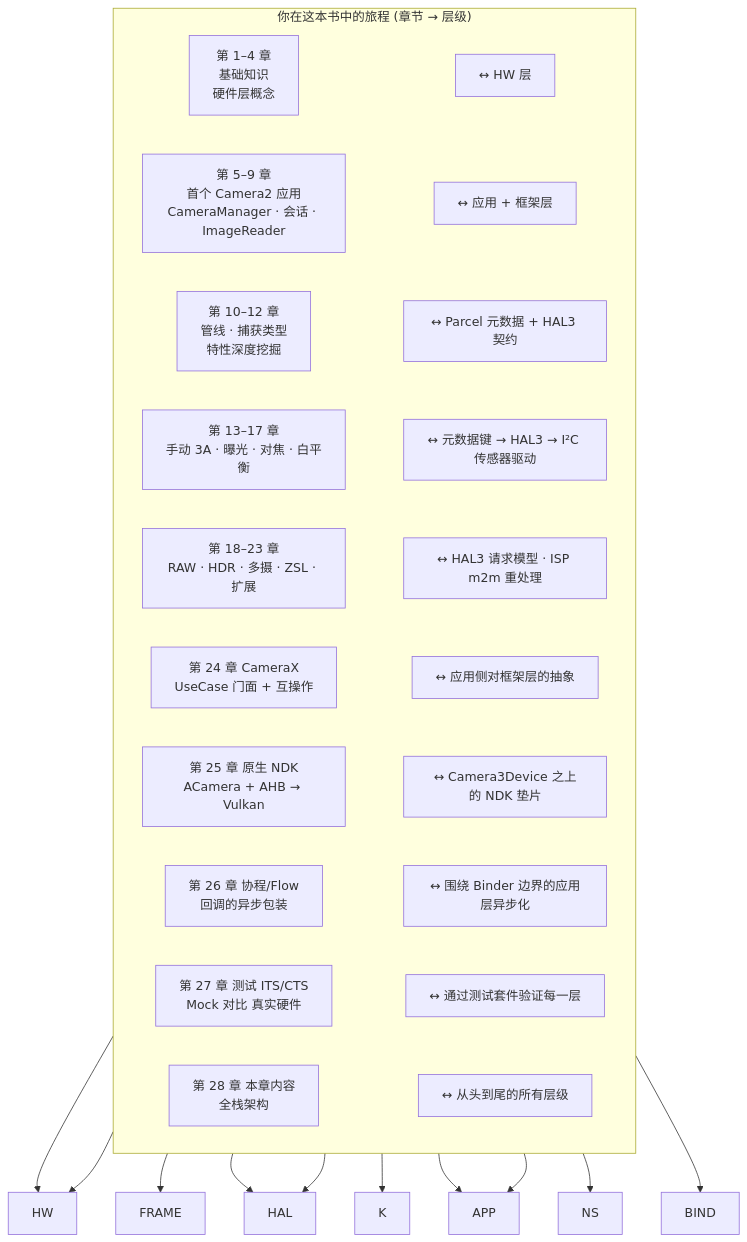
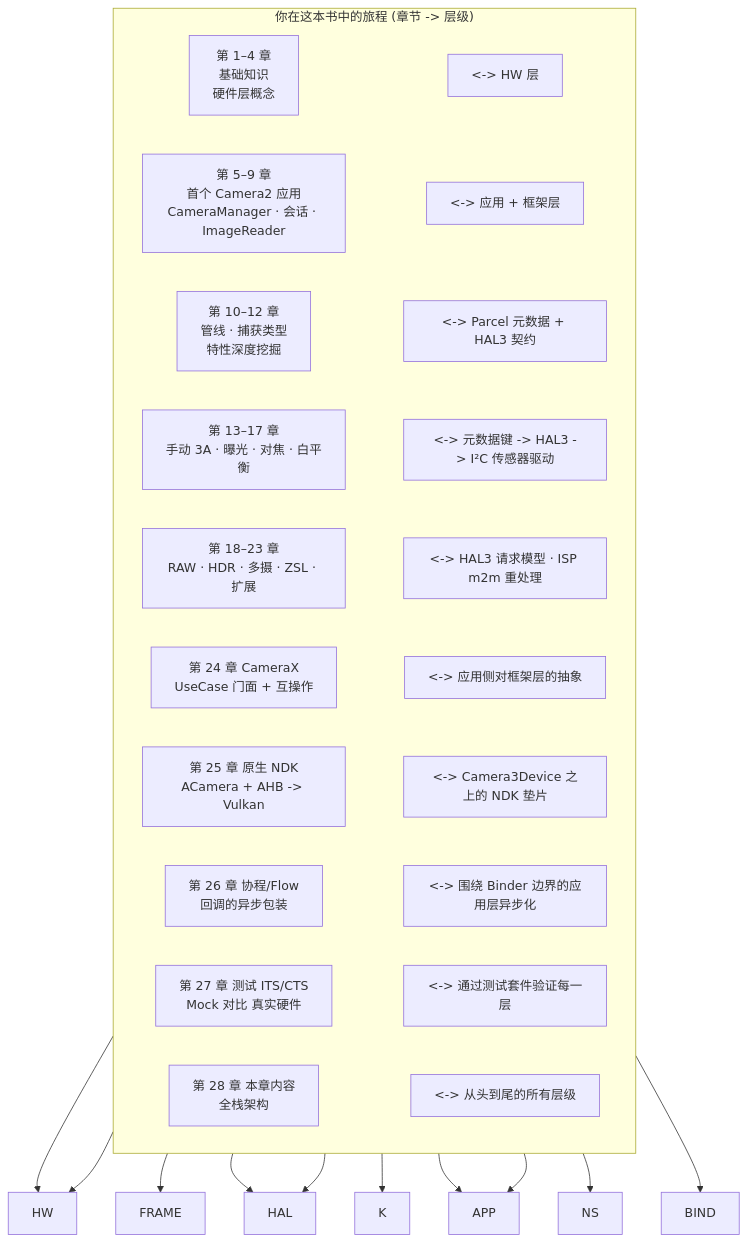
Before and after one commit to zoozooll/AndroidCameraParameters: the fourth of 4 diagrams in website/i18n/zh-Hans/docusaurus-plugin-content-docs/current/camera2/camera2-architecture.md, drawn with Mermaid. The commit also changed other lines of this file and 77 other files, not shown here.

First line of the commit message:
docs: standardize Mermaid syntax and polish 3A pipeline translations

````diff
--- a/website/i18n/zh-Hans/docusaurus-plugin-content-docs/current/camera2/camera2-architecture.md
+++ b/website/i18n/zh-Hans/docusaurus-plugin-content-docs/current/camera2/camera2-architecture.md
@@ -276,26 +276,26 @@
 ```mermaid
 flowchart TB
-    subgraph Journey["你在这本书中的旅程 (章节 → 层级)"]
+    subgraph Journey["你在这本书中的旅程 (章节 -> 层级)"]
         direction LR
-        C1["第 1–4 章<br/>基础知识<br/>硬件层概念"] ~~~ H_L1["↔ HW 层"]
-        C2["第 5–9 章<br/>首个 Camera2 应用<br/>CameraManager · 会话 · ImageReader"] ~~~ H_L2["↔ 应用 + 框架层"]
-        C3["第 10–12 章<br/>管线 · 捕获类型<br/>特性深度挖掘"] ~~~ H_L3["↔ Parcel 元数据 + HAL3 契约"]
-        C4["第 13–17 章<br/>手动 3A · 曝光 · 对焦 · 白平衡"] ~~~ H_L4["↔ 元数据键 → HAL3 → I²C 传感器驱动"]
-        C5["第 18–23 章<br/>RAW · HDR · 多摄 · ZSL · 扩展"] ~~~ H_L5["↔ HAL3 请求模型 · ISP m2m 重处理"]
-        C6["第 24 章 CameraX<br/>UseCase 门面 + 互操作"] ~~~ H_L6["↔ 应用侧对框架层的抽象"]
-        C7["第 25 章 原生 NDK<br/>ACamera + AHB → Vulkan"] ~~~ H_L7["↔ Camera3Device 之上的 NDK 垫片"]
-        C8["第 26 章 协程/Flow<br/>回调的异步包装"] ~~~ H_L8["↔ 围绕 Binder 边界的应用层异步化"]
-        C9["第 27 章 测试 ITS/CTS<br/>Mock 对比 真实硬件"] ~~~ H_L9["↔ 通过测试套件验证每一层"]
-        C10["第 28 章 本章内容<br/>全栈架构"] ~~~ H_L10["↔ 从头到尾的所有层级"]
+        C1["第 1–4 章<br/>基础知识<br/>硬件层概念"] ~~~ H_L1["<-> HW 层"]
+        C2["第 5–9 章<br/>首个 Camera2 应用<br/>CameraManager · 会话 · ImageReader"] ~~~ H_L2["<-> 应用 + 框架层"]
+        C3["第 10–12 章<br/>管线 · 捕获类型<br/>特性深度挖掘"] ~~~ H_L3["<-> Parcel 元数据 + HAL3 契约"]
+        C4["第 13–17 章<br/>手动 3A · 曝光 · 对焦 · 白平衡"] ~~~ H_L4["<-> 元数据键 -> HAL3 -> I²C 传感器驱动"]
+        C5["第 18–23 章<br/>RAW · HDR · 多摄 · ZSL · 扩展"] ~~~ H_L5["<-> HAL3 请求模型 · ISP m2m 重处理"]
+        C6["第 24 章 CameraX<br/>UseCase 门面 + 互操作"] ~~~ H_L6["<-> 应用侧对框架层的抽象"]
+        C7["第 25 章 原生 NDK<br/>ACamera + AHB -> Vulkan"] ~~~ H_L7["<-> Camera3Device 之上的 NDK 垫片"]
+        C8["第 26 章 协程/Flow<br/>回调的异步包装"] ~~~ H_L8["<-> 围绕 Binder 边界的应用层异步化"]
+        C9["第 27 章 测试 ITS/CTS<br/>Mock 对比 真实硬件"] ~~~ H_L9["<-> 通过测试套件验证每一层"]
+        C10["第 28 章 本章内容<br/>全栈架构"] ~~~ H_L10["<-> 从头到尾的所有层级"]
     end
     H_L1 --> HW
     H_L2 --> FRAME
     H_L3 --> HAL
     H_L4 --> K
     H_L5 --> HAL
     H_L6 --> APP
     H_L7 --> NS
     H_L8 --> APP
     H_L9 --> BIND
     H_L10 --> HW
 ```
````
